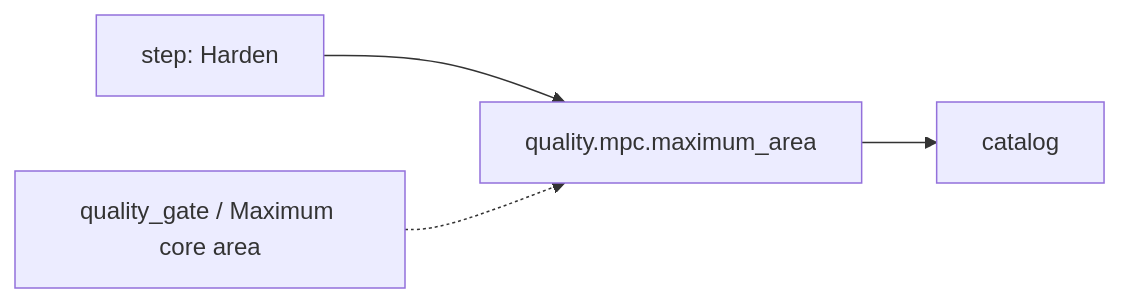
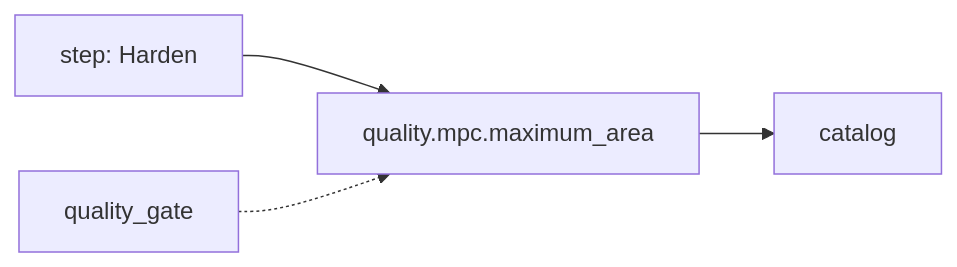
Before and after one commit to openecos-projects/ecc: diagram 17 of 45 in .github/signoff-board/signoff-kanban.md, drawn with Mermaid. The commit also changed other lines of this file and 4 other files, not shown here.

````diff
--- a/.github/signoff-board/signoff-kanban.md
+++ b/.github/signoff-board/signoff-kanban.md
@@ -270,6 +428,6 @@
 ```mermaid
 flowchart LR
   step_quality_mpc_maximum_area["step: Harden"] --> metric_quality_mpc_maximum_area["quality.mpc.maximum_area"]
   metric_quality_mpc_maximum_area --> state_quality_mpc_maximum_area["catalog"]
-  catalog_quality_mpc_maximum_area["quality_gate / Maximum core area"] -.-> metric_quality_mpc_maximum_area
+  cat_quality_mpc_maximum_area["quality_gate"] -.-> metric_quality_mpc_maximum_area
 ```
````
